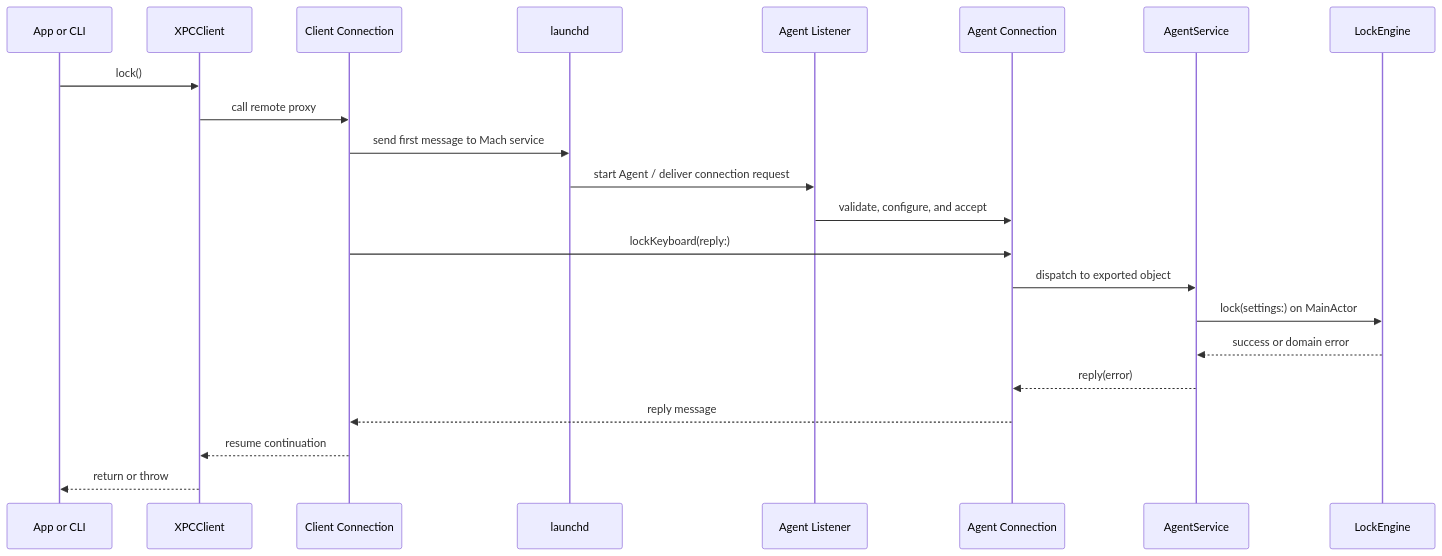
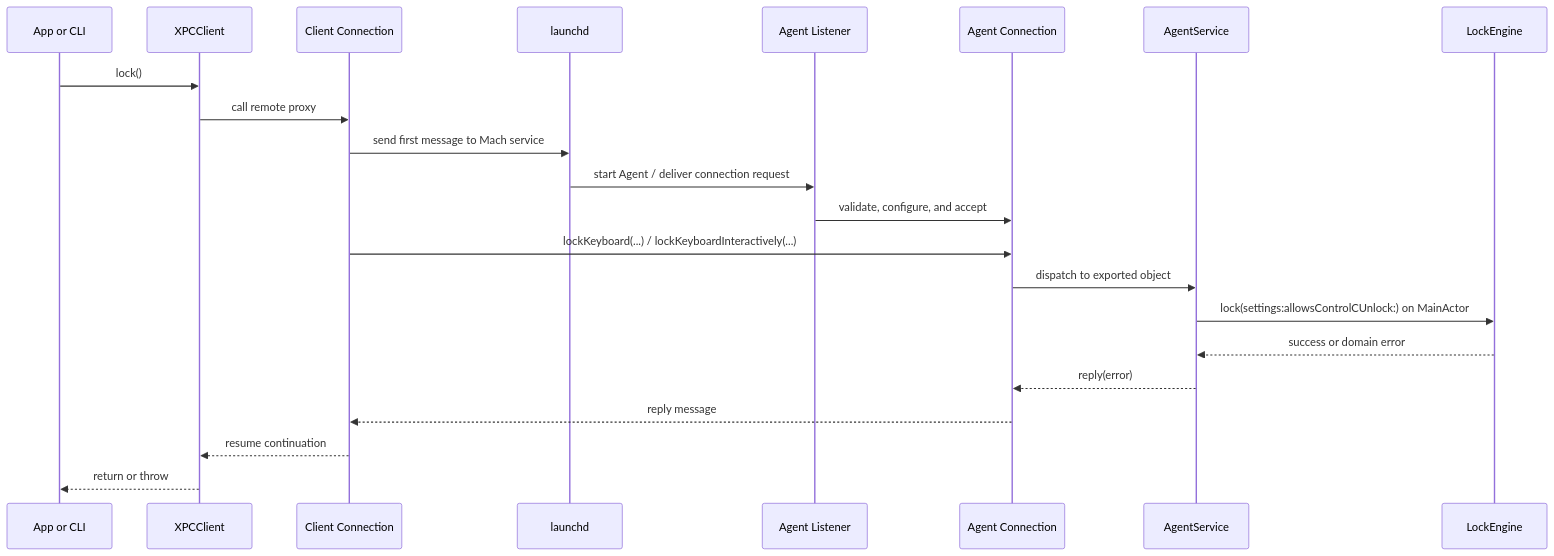
One commit to LZhenHong/KeyboardLocker changed the third of 4 diagrams in docs/xpc.md. Above: the diagram before and after it, drawn with Mermaid. The commit also changed other lines of this file and 3 other files, not shown here.

First line of the commit message:
feat(klock): add Control-C unlock flow

````diff
--- a/docs/xpc.md
+++ b/docs/xpc.md
@@ -466,25 +469,25 @@
 ```mermaid
 sequenceDiagram
   participant UI as App or CLI
   participant Client as XPCClient
   participant ClientConnection as Client Connection
   participant Launchd as launchd
   participant Listener as Agent Listener
   participant Peer as Agent Connection
   participant Adapter as AgentService
   participant Engine as LockEngine
 
   UI->>Client: lock()
   Client->>ClientConnection: call remote proxy
   ClientConnection->>Launchd: send first message to Mach service
   Launchd->>Listener: start Agent / deliver connection request
   Listener->>Peer: validate, configure, and accept
-  ClientConnection->>Peer: lockKeyboard(reply:)
+  ClientConnection->>Peer: lockKeyboard(...) / lockKeyboardInteractively(...)
   Peer->>Adapter: dispatch to exported object
-  Adapter->>Engine: lock(settings:) on MainActor
+  Adapter->>Engine: lock(settings:allowsControlCUnlock:) on MainActor
   Engine-->>Adapter: success or domain error
   Adapter-->>Peer: reply(error)
   Peer-->>ClientConnection: reply message
   ClientConnection-->>Client: resume continuation
   Client-->>UI: return or throw
 ```
````
